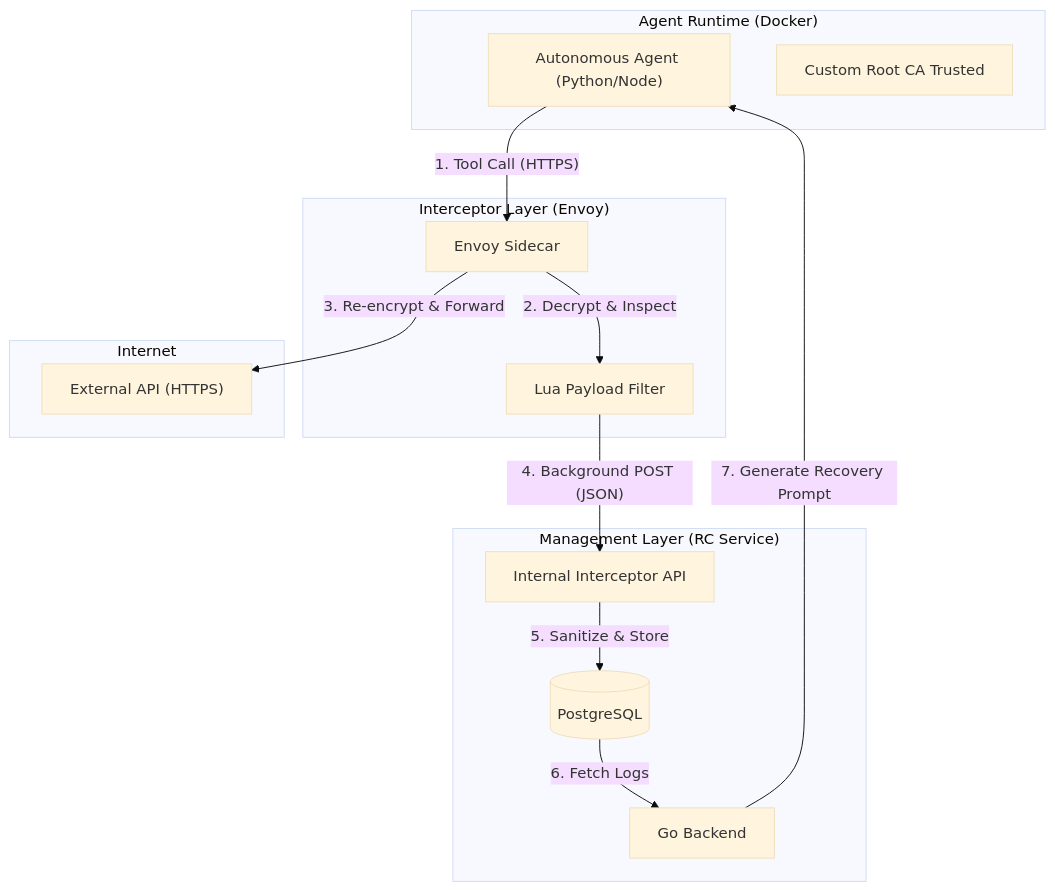
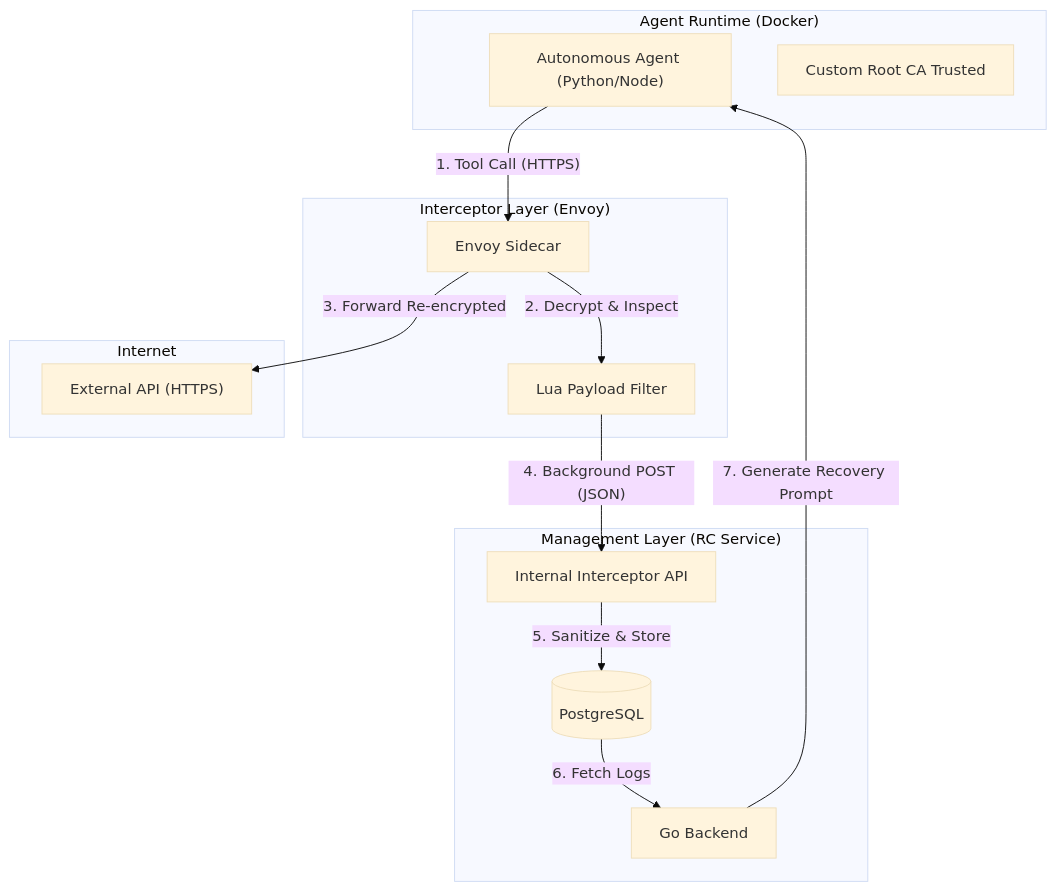
The first of 2 diagrams in docs/envoy-implementation-march-4.md (Kavirubc/poc-amp), drawn with Mermaid (base theme) before and after one commit. The commit also changed other lines of this file, not shown here.

Commit message:
docs: Add detailed data flow sequence and concrete data transformation examples to the Envoy implementation document.

````diff
--- a/docs/envoy-implementation-march-4.md
+++ b/docs/envoy-implementation-march-4.md
@@ -15,33 +15,33 @@
 ```mermaid
 graph TD
     subgraph "Agent Runtime (Docker)"
         AGENT["Autonomous Agent (Python/Node)"]
         CA_INJECTED["Custom Root CA Trusted"]
     end
 
     subgraph "Interceptor Layer (Envoy)"
         ENVOY["Envoy Sidecar"]
         LUA["Lua Payload Filter"]
     end
 
     subgraph "Management Layer (RC Service)"
         BACKEND["Go Backend"]
         DB[(PostgreSQL)]
         INTERCEPTOR_API["Internal Interceptor API"]
     end
 
     subgraph "Internet"
         EXT_API["External API (HTTPS)"]
     end
 
     %% Network Flow
     AGENT -- "1. Tool Call (HTTPS)" --> ENVOY
     ENVOY -- "2. Decrypt & Inspect" --> LUA
-    ENVOY -- "3. Re-encrypt & Forward" --> EXT_API
+    ENVOY -- "3. Forward Re-encrypted" --> EXT_API
     
     LUA -- "4. Background POST (JSON)" --> INTERCEPTOR_API
     INTERCEPTOR_API -- "5. Sanitize & Store" --> DB
     
     DB -- "6. Fetch Logs" --> BACKEND
     BACKEND -- "7. Generate Recovery Prompt" --> AGENT
 ```
````
